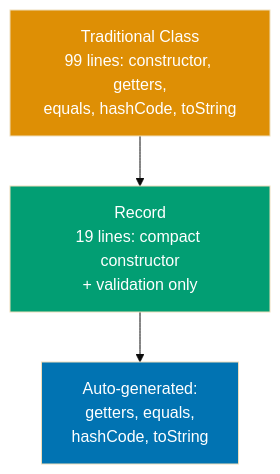
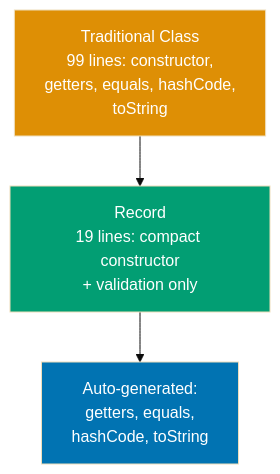
The ninth of 11 diagrams in apps/ayokoding-www/content/en/learn/software-engineering/programming-languages/java/by-example/intermediate.md (wahidyankf/baseerah), drawn with Mermaid (base theme) before and after one commit. The commit also changed 88 other files, not shown here.

First line of the commit message:
fix(ayokoding-www): resolve pre-existing Mermaid violations, exclude fixtures/plans-done

````diff
--- a/apps/ayokoding-www/content/en/learn/software-engineering/programming-languages/java/by-example/intermediate.md
+++ b/apps/ayokoding-www/content/en/learn/software-engineering/programming-languages/java/by-example/intermediate.md
@@ -2395,10 +2395,10 @@
 ```mermaid
 graph TD
-    Traditional["Traditional Class<br/>99 lines: constructor, getters,<br/>equals, hashCode, toString"] --> Record["Record<br/>19 lines: compact constructor<br/>+ validation only"]
+    Traditional["Traditional Class<br/>99 lines: constructor,<br/>getters, equals, hashCode,<br/>toString"] --> Record["Record<br/>19 lines: compact constructor<br/>+ validation only"]
 
     Record --> Auto["Auto-generated:<br/>getters, equals,<br/>hashCode, toString"]
 
     style Traditional fill:#DE8F05,color:#fff
     style Record fill:#029E73,color:#fff
     style Auto fill:#0173B2,color:#fff
 ```
````
